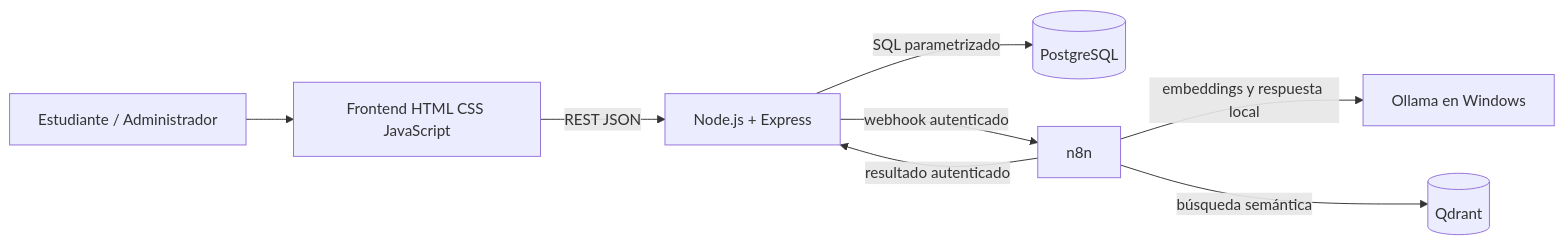
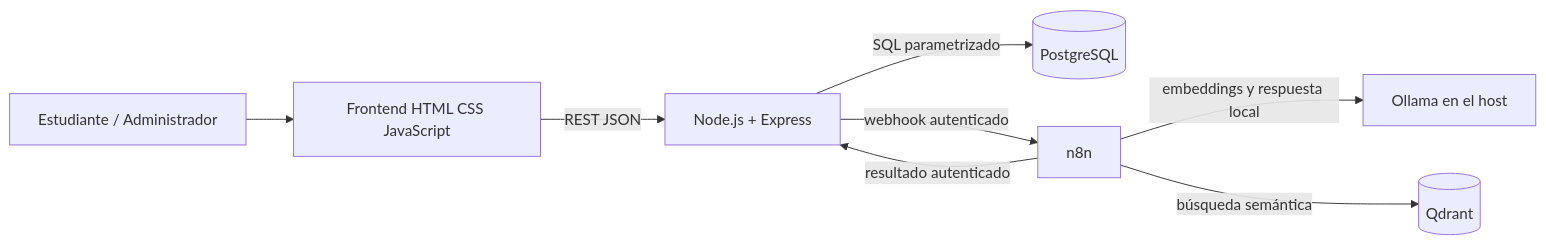
The diagram in docs/architecture/system-context.md (TOTO05-a/ruta-ia), drawn with Mermaid before and after one commit. The commit also changed other lines of this file and 7 other files, not shown here.

````diff
--- a/docs/architecture/system-context.md
+++ b/docs/architecture/system-context.md
@@ -3,10 +3,10 @@
 ```mermaid
 flowchart LR
   Student[Estudiante / Administrador] --> Browser[Frontend HTML CSS JavaScript]
   Browser -->|REST JSON| API[Node.js + Express]
   API -->|SQL parametrizado| PG[(PostgreSQL)]
   API -->|webhook autenticado| N8N[n8n]
-  N8N -->|embeddings y respuesta local| O[Ollama en Windows]
+  N8N -->|embeddings y respuesta local| O[Ollama en el host]
   N8N -->|búsqueda semántica| QD[(Qdrant)]
   N8N -->|resultado autenticado| API
 ```
````
